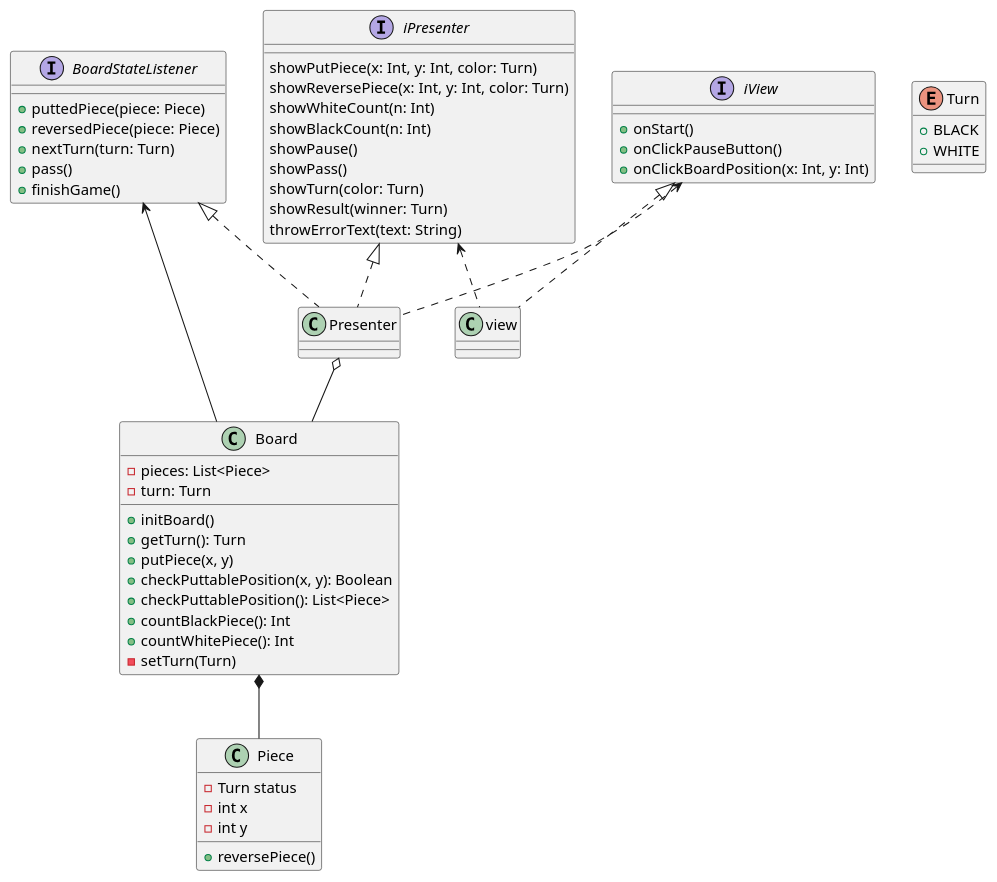
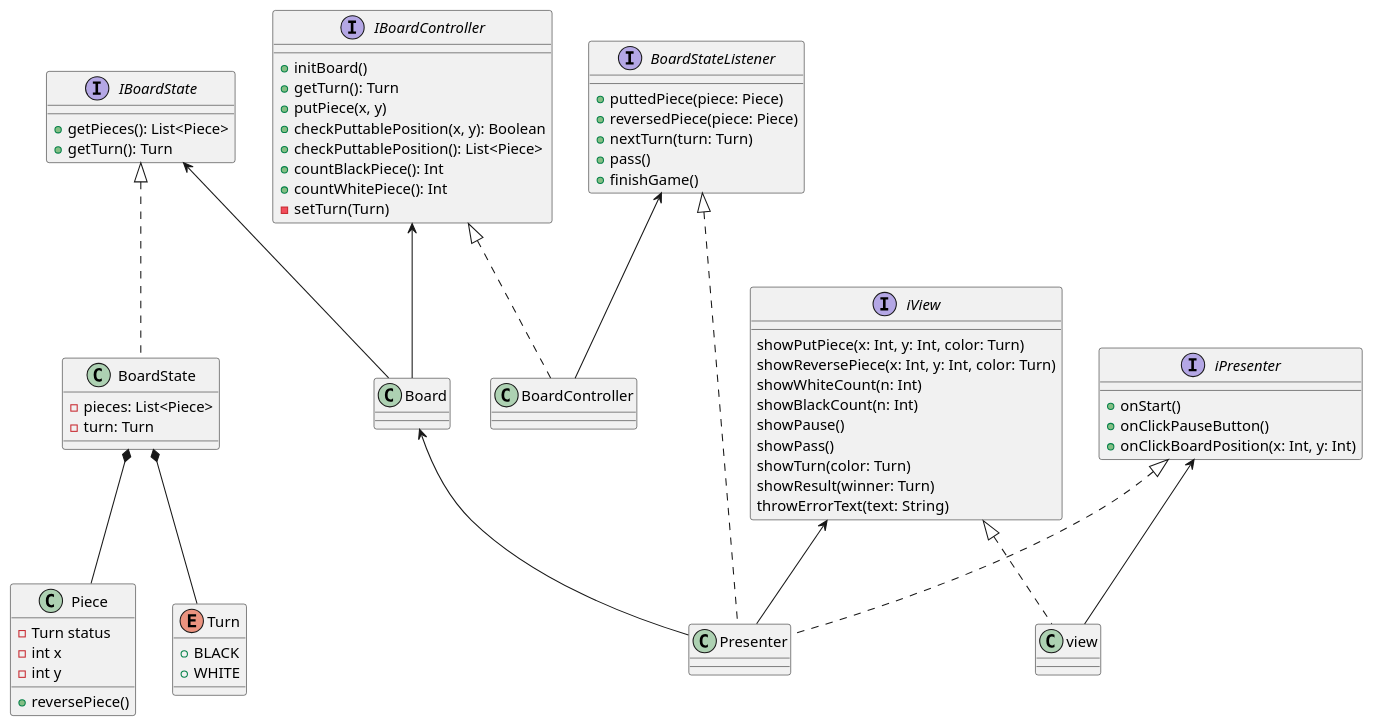
The diagram in uml/class/game.puml (Issei0804-ie/Uhyo), drawn with PlantUML before and after one commit.

Commit message:
Boardの情報と操作を切り分ける

```diff
--- a/uml/class/game.puml
+++ b/uml/class/game.puml
@@ -1,66 +1,83 @@
 @startuml
-Presenter o-- Board
-Board *-- Piece
-iView <.. Presenter
+IBoardController <-- Board
+IBoardState <-- Board
+IBoardController <|.. BoardController
+BoardState *-- Piece
+BoardState *-- Turn
+BoardStateListener <|.. Presenter
+Board <-- Presenter
+iPresenter <|.. Presenter
+iView <-- Presenter
 iView <|.. view
-BoardStateListener <|.. Presenter
-BoardStateListener <-- Board
-iPresenter <|.. Presenter
-iPresenter <.. view
+iPresenter <-- view
+BoardStateListener <-- BoardController
+IBoardState <|.. BoardState
 
-class Board {
-    - pieces: List<Piece>
-    - turn: Turn
+class Board {}
+
+class BoardController {}
+
+interface IBoardController {
     + initBoard()
     + getTurn(): Turn
     + putPiece(x, y)
     + checkPuttablePosition(x, y): Boolean
     + checkPuttablePosition(): List<Piece>
     + countBlackPiece(): Int
     + countWhitePiece(): Int
     - setTurn(Turn)
+}
+
+class BoardState {
+    - pieces: List<Piece>
+    - turn: Turn
+}
+
+interface IBoardState {
+    + getPieces(): List<Piece>
+    + getTurn(): Turn
 }
 
 enum Turn {
     + BLACK
     + WHITE
 }
 
 interface BoardStateListener {
     + puttedPiece(piece: Piece)
     + reversedPiece(piece: Piece)
     + nextTurn(turn: Turn)
     + pass()
     + finishGame()
 }
 
 class Piece {
     - Turn status
     - int x
     - int y
     + reversePiece()
 }
 
-interface iView {
+interface iPresenter {
     + onStart()
     + onClickPauseButton()
     + onClickBoardPosition(x: Int, y: Int)
 }
 
 class view {}
 
-interface iPresenter {
+interface iView {
     showPutPiece(x: Int, y: Int, color: Turn)
     showReversePiece(x: Int, y: Int, color: Turn)
     showWhiteCount(n: Int)
     showBlackCount(n: Int)
     showPause()
     showPass()
     showTurn(color: Turn)
     showResult(winner: Turn)
     throwErrorText(text: String)
 }
 class Presenter {
 
 }
 @enduml
```
